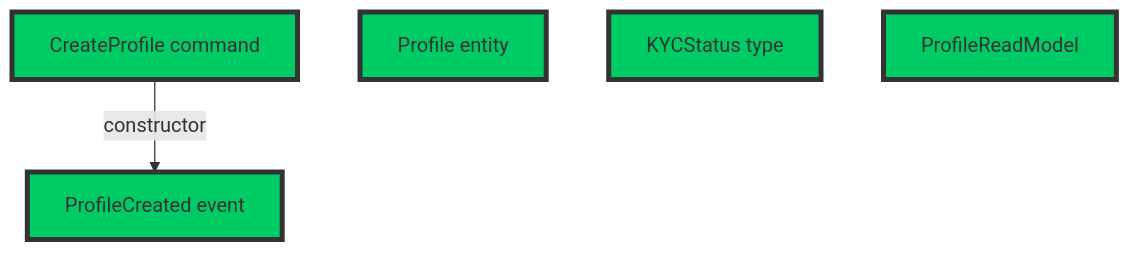
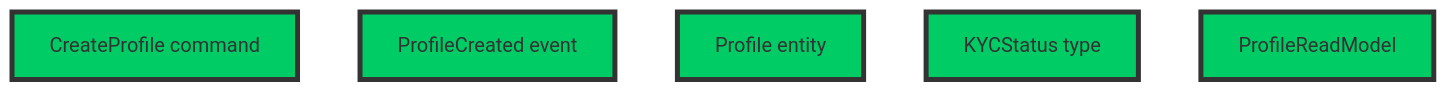
One commit to boostercloud/kyc-example changed the second of 10 diagrams in README.md. Above: the diagram before and after it, drawn with Mermaid. The commit also changed other lines of this file and 4 other files, not shown here.

Commit message:
Added graphs, fixed errors and reworked some statistics and metrics

````diff
--- a/README.md
+++ b/README.md
@@ -136,9 +136,10 @@
 ```mermaid
 graph TD;
-    classDef green fill:#00cc66,stroke:#333,stroke-width:4px;
-    A[CreateProfile command] -->|"constructor"| B[ProfileCreated event];
+    classDef green fill:#00cc66,stroke:#333,stroke-width:4px,color:#333;
+    A[CreateProfile command];
+    B[ProfileCreated event];
     C[Profile entity];
     D[KYCStatus type];
     E[ProfileReadModel];
     class A,B,C,D,E green;
 ```
````
